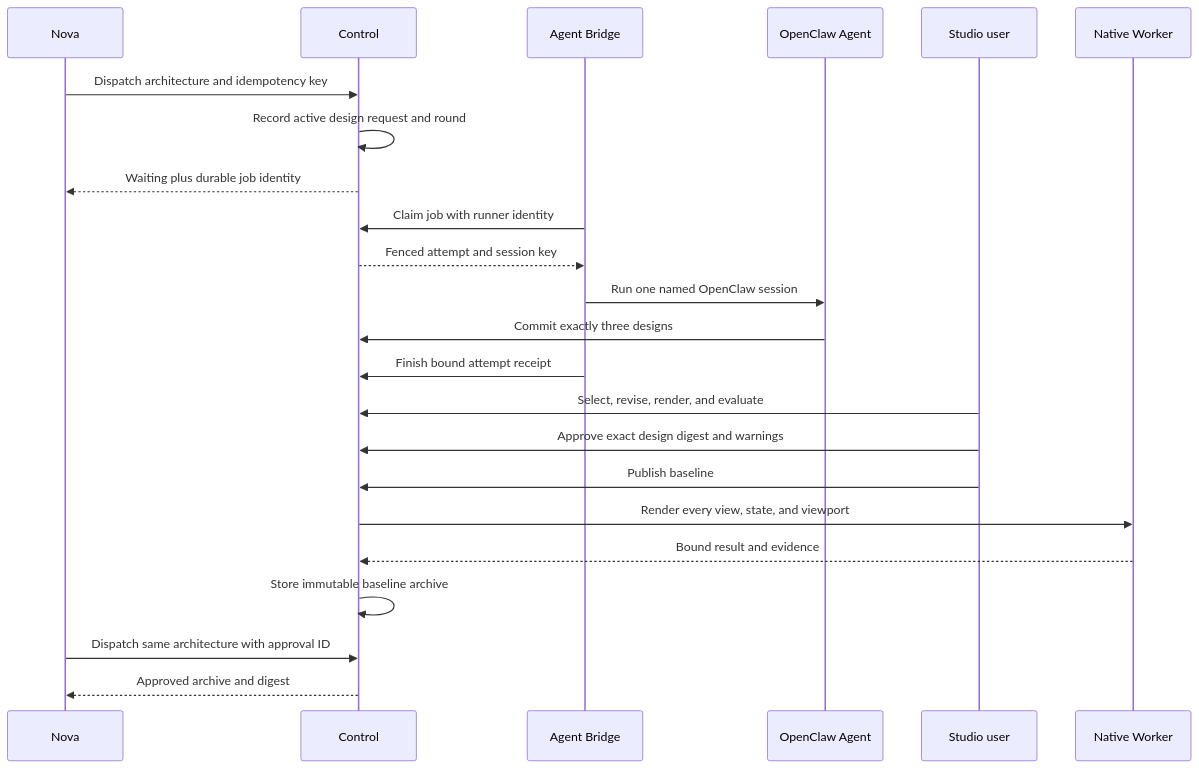
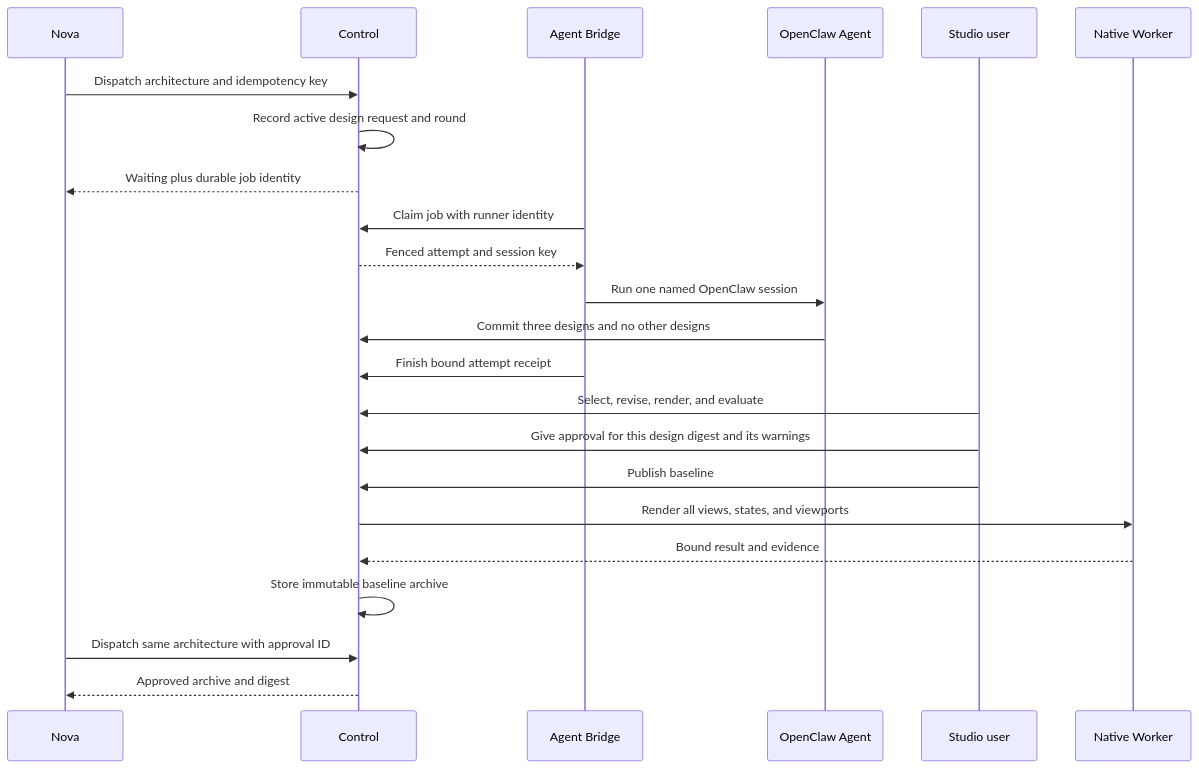
One commit to datrab/kubeclaw changed the second of 2 diagrams in docs/site/understand/prism-runtime.md. Above: the diagram before and after it, drawn with Mermaid. The commit also changed other lines of this file and 80 other files, not shown here.

````diff
--- a/docs/site/understand/prism-runtime.md
+++ b/docs/site/understand/prism-runtime.md
@@ -419,25 +419,25 @@
 ```mermaid
 sequenceDiagram
     participant N as Nova
     participant C as Control
     participant A as Agent Bridge
     participant O as OpenClaw Agent
     participant S as Studio user
     participant W as Native Worker
     N->>C: Dispatch architecture and idempotency key
     C->>C: Record active design request and round
     C-->>N: Waiting plus durable job identity
     A->>C: Claim job with runner identity
     C-->>A: Fenced attempt and session key
     A->>O: Run one named OpenClaw session
-    O->>C: Commit exactly three designs
+    O->>C: Commit three designs and no other designs
     A->>C: Finish bound attempt receipt
     S->>C: Select, revise, render, and evaluate
-    S->>C: Approve exact design digest and warnings
+    S->>C: Give approval for this design digest and its warnings
     S->>C: Publish baseline
-    C->>W: Render every view, state, and viewport
+    C->>W: Render all views, states, and viewports
     W-->>C: Bound result and evidence
     C->>C: Store immutable baseline archive
     N->>C: Dispatch same architecture with approval ID
     C-->>N: Approved archive and digest
 ```
````
